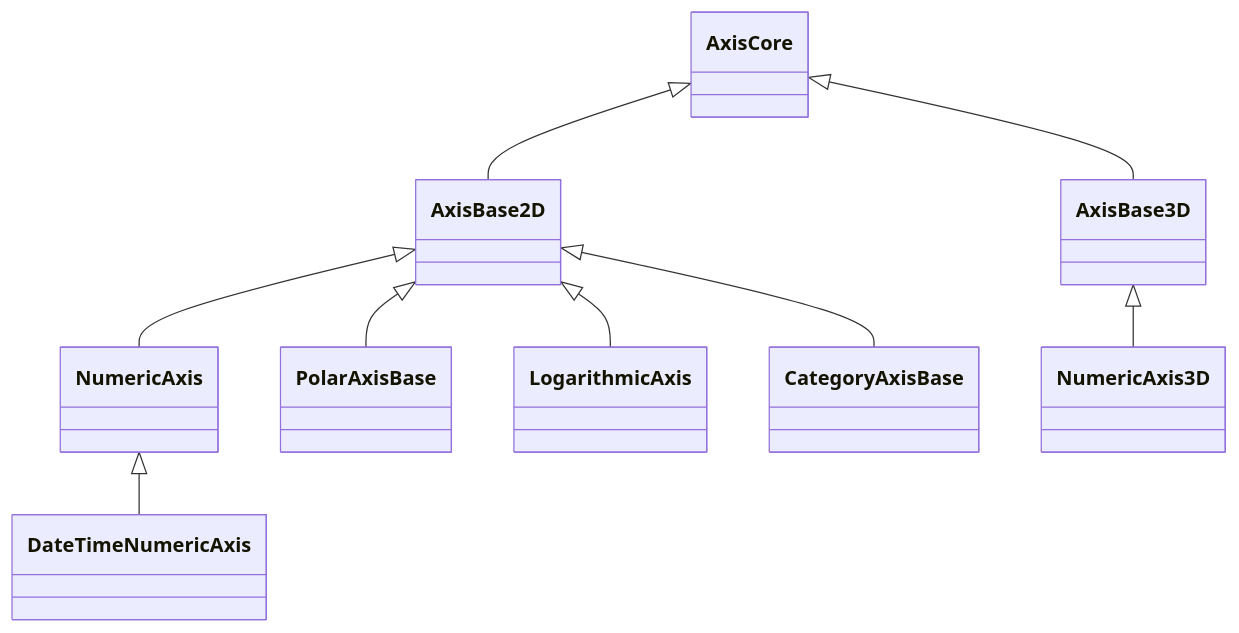
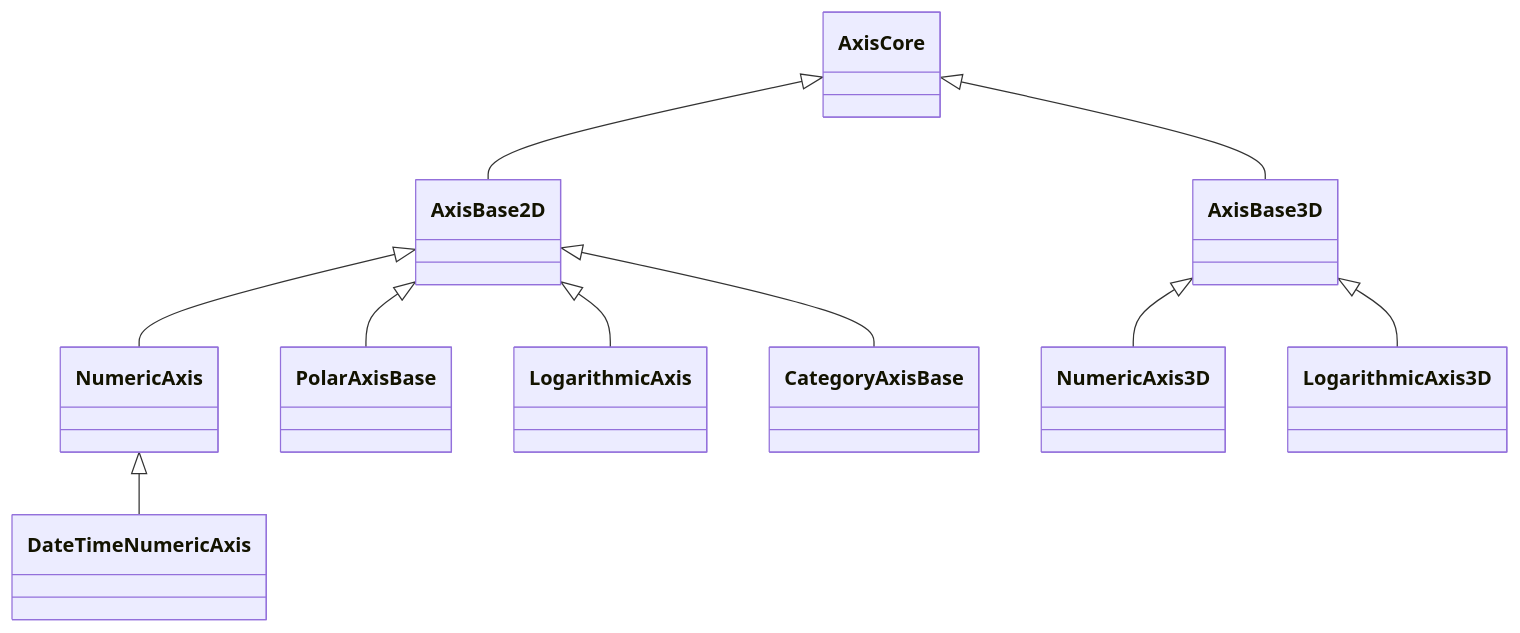
Before and after one commit to ABTSoftware/SciChart.JS.Docs: the diagram in docusaurus/docs/3d-charts/axis-3d-api/axis-3d-api-overview/index.md, drawn with Mermaid. The commit also changed other lines of this file and 8 other files, not shown here.

First line of the commit message:
docs(3d-charts): add LogarithmicAxis3D page and update scichart to 5.2.28

````diff
--- a/docusaurus/docs/3d-charts/axis-3d-api/axis-3d-api-overview/index.md
+++ b/docusaurus/docs/3d-charts/axis-3d-api/axis-3d-api-overview/index.md
@@ -11,11 +11,12 @@
 ```mermaid
 classDiagram
     AxisCore <|-- AxisBase2D
     AxisCore <|-- AxisBase3D
     AxisBase2D <|-- NumericAxis
     AxisBase2D <|-- PolarAxisBase
     AxisBase2D <|-- LogarithmicAxis
     AxisBase2D <|-- CategoryAxisBase
     AxisBase3D <|-- NumericAxis3D
+    AxisBase3D <|-- LogarithmicAxis3D
     NumericAxis <|-- DateTimeNumericAxis
 ```
````
